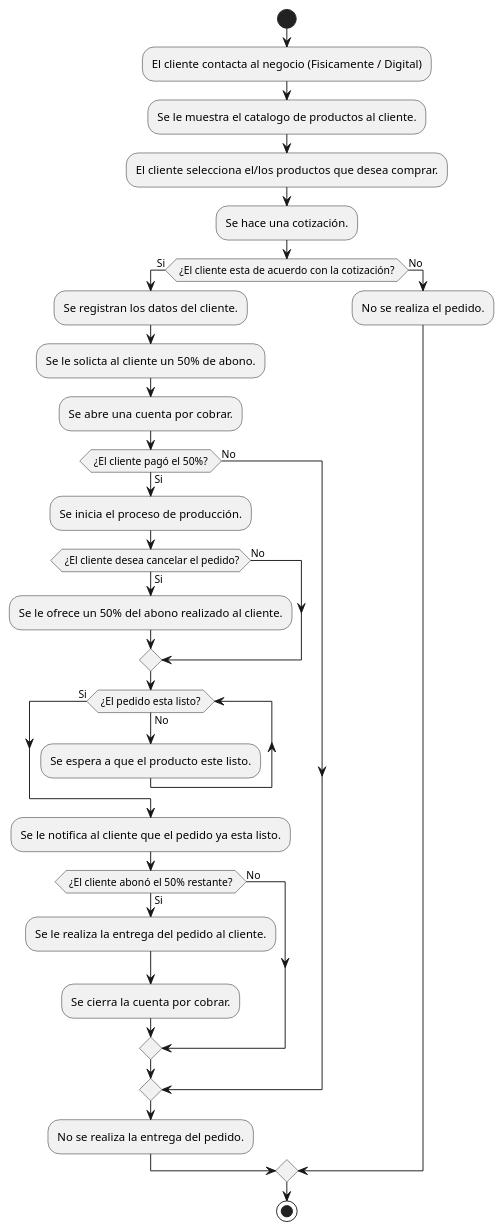
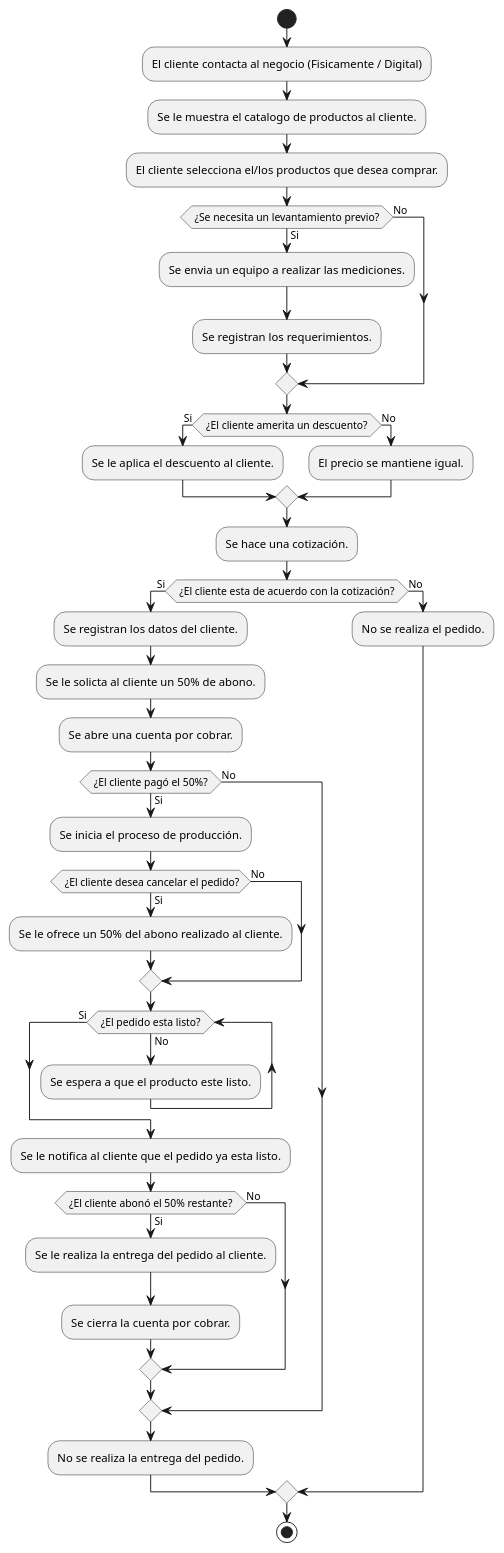
One commit to ByJuanRod/Logica-de-Negocios changed the diagram in procesoPedido.puml. Above: the diagram before and after it, drawn with PlantUML. The commit also changed 2 other files, not shown here.

Commit message:
Diagramas V3

```diff
--- a/procesoPedido.puml
+++ b/procesoPedido.puml
@@ -1,40 +1,53 @@
 @startuml
 
 start
 :El cliente contacta al negocio (Fisicamente / Digital);
 :Se le muestra el catalogo de productos al cliente.;
 :El cliente selecciona el/los productos que desea comprar.;
+
+if( ¿Se necesita un levantamiento previo? ) then (Si)
+    :Se envia un equipo a realizar las mediciones.;
+    :Se registran los requerimientos.;
+else (No)
+endif
+
+if( ¿El cliente amerita un descuento? ) then (Si)
+    :Se le aplica el descuento al cliente.;
+else (No)
+    :El precio se mantiene igual.;
+endif
+
 :Se hace una cotización.;
 
 if( ¿El cliente esta de acuerdo con la cotización? ) then (Si)
     :Se registran los datos del cliente.;
     :Se le solicta al cliente un 50% de abono.;
     :Se abre una cuenta por cobrar.;
     if( ¿El cliente pagó el 50%? ) then (Si)
         :Se inicia el proceso de producción.;
         if( ¿El cliente desea cancelar el pedido?) then (Si)
            :Se le ofrece un 50% del abono realizado al cliente.;
         else (No)
         endif
 
         while( ¿El pedido esta listo? ) is (No)
             :Se espera a que el producto este listo.;
         endwhile (Si)
 
         :Se le notifica al cliente que el pedido ya esta listo.;
          if( ¿El cliente abonó el 50% restante? ) then (Si)
              :Se le realiza la entrega del pedido al cliente.;
              :Se cierra la cuenta por cobrar.;
          else (No)
          endif
 
     else (No)
     endif
         :No se realiza la entrega del pedido.;
 else (No)
         :No se realiza el pedido.;
 endif
 
 stop
 
 @enduml
```
